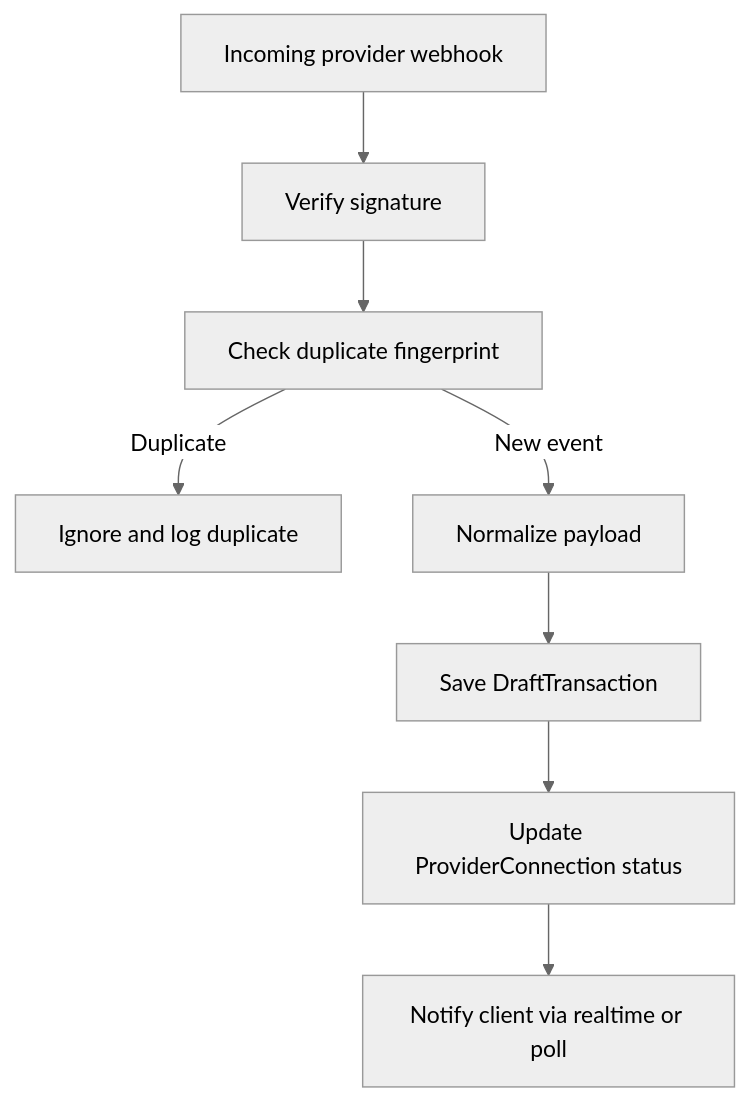
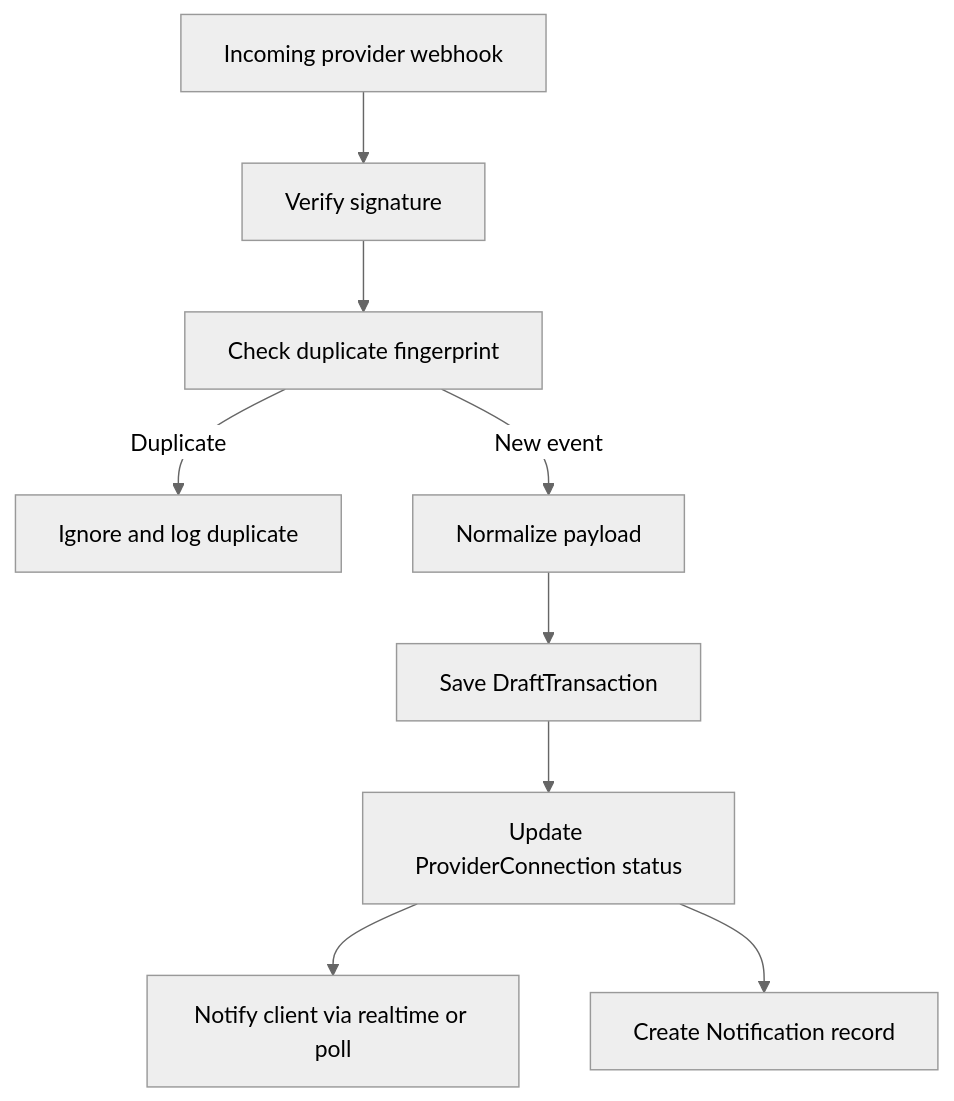
Diagram 15 of 15 in docs/tech/Architecture.md (RioSudrajat/Halofin), drawn with Mermaid (neutral theme) before and after one commit. The commit also changed other lines of this file and 19 other files, not shown here.

````diff
--- a/docs/tech/Architecture.md
+++ b/docs/tech/Architecture.md
@@ -434,10 +716,11 @@
 ```mermaid
 flowchart TD
     Webhook["Incoming provider webhook"] --> Verify["Verify signature"]
     Verify --> Dedup["Check duplicate fingerprint"]
     Dedup -->|Duplicate| Ignore["Ignore and log duplicate"]
     Dedup -->|New event| Normalize["Normalize payload"]
     Normalize --> SaveDraft["Save DraftTransaction"]
     SaveDraft --> UpdateConn["Update ProviderConnection status"]
     UpdateConn --> Notify["Notify client via realtime or poll"]
+    UpdateConn --> NotifRecord["Create Notification record"]
 ```
````
